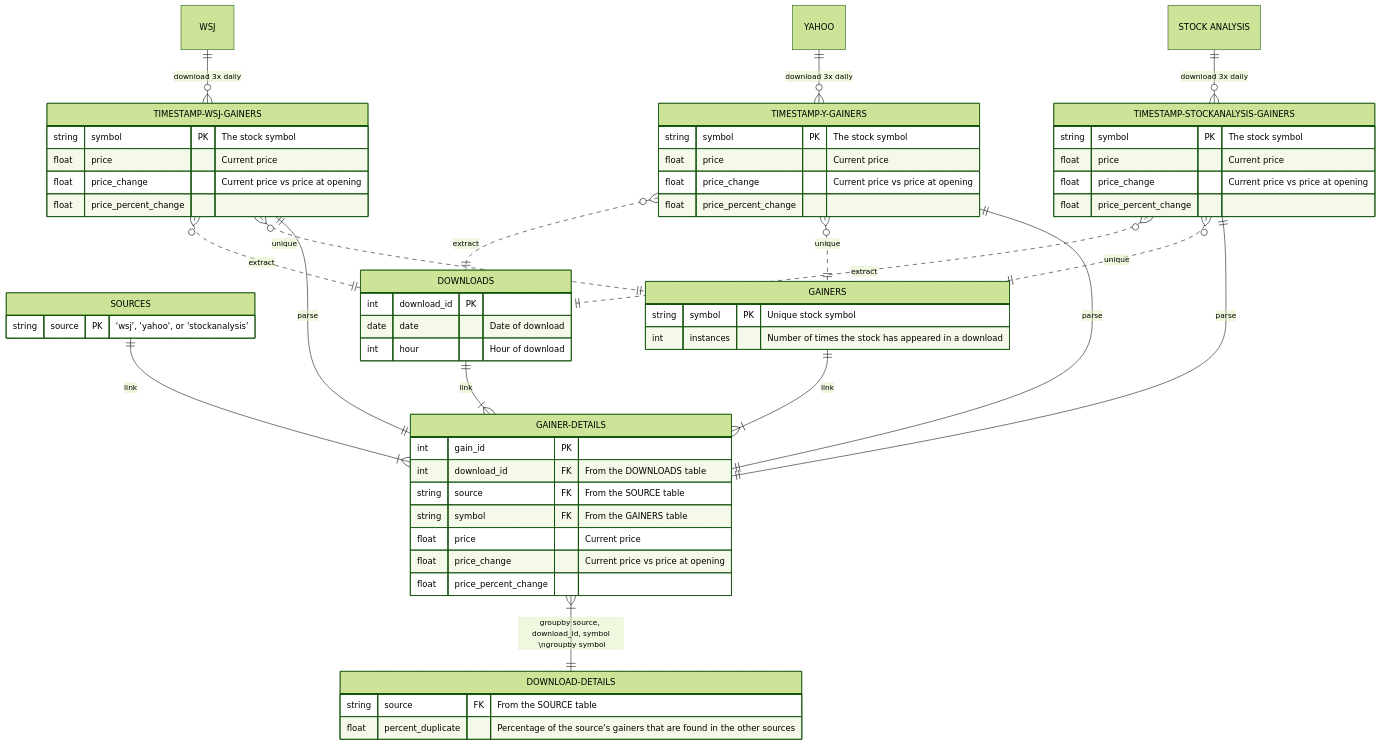
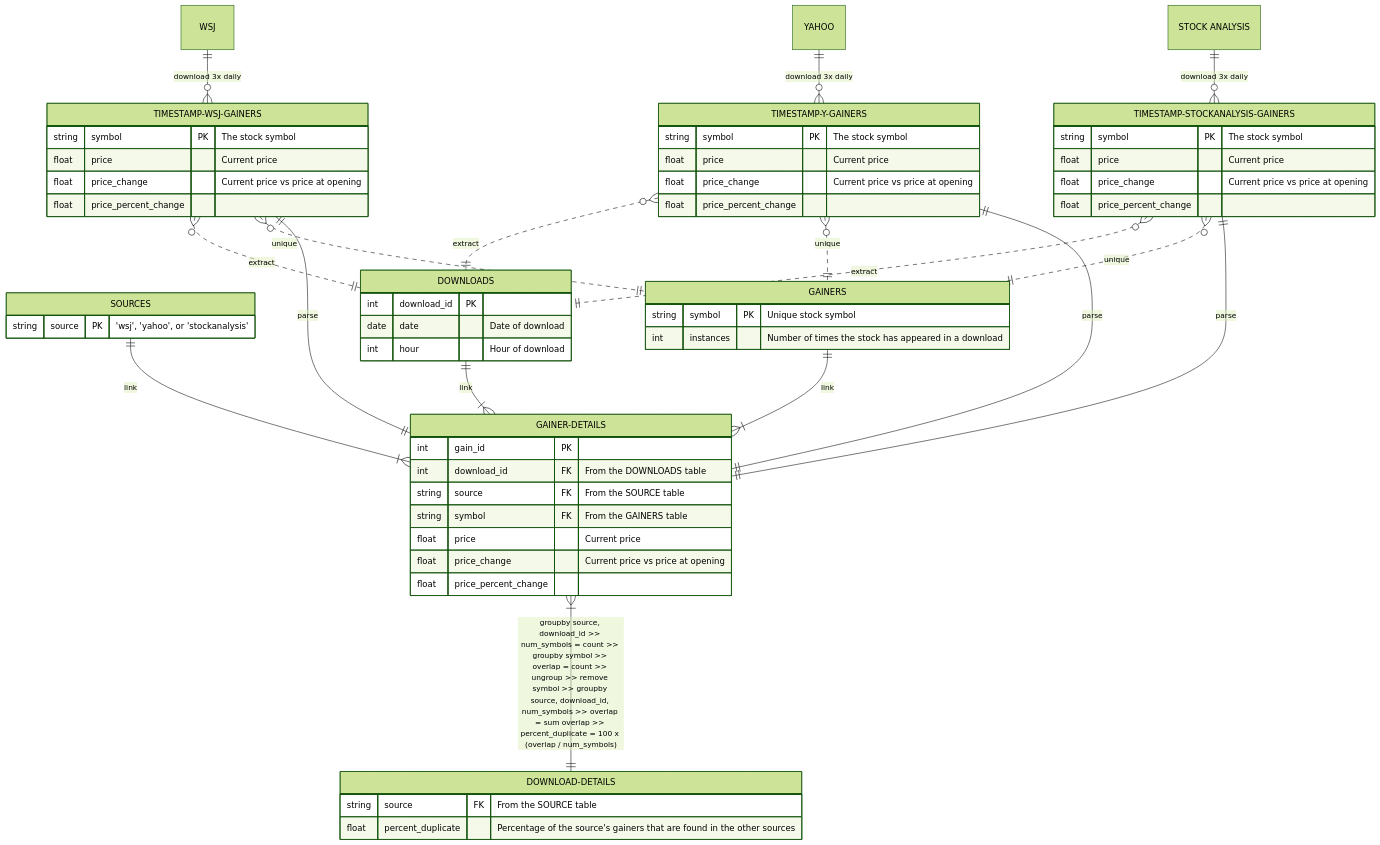
One commit to KazBarker/SP25_DS5111_nrg6cb changed the diagram in ERD/ERD.md. Above: the diagram before and after it, drawn with Mermaid (forest theme).

````diff
--- a/ERD/ERD.md
+++ b/ERD/ERD.md
@@ -2,71 +2,71 @@
 ```mermaid
 erDiagram
     WSJ only one to zero or more TIMESTAMP-WSJ-GAINERS : "download 3x daily"
     YAHOO only one to zero or more TIMESTAMP-Y-GAINERS : "download 3x daily"
     "STOCK ANALYSIS" only one to zero or more TIMESTAMP-STOCKANALYSIS-GAINERS : "download 3x daily"
     
     TIMESTAMP-WSJ-GAINERS {
         string symbol PK "The stock symbol"
         float price "Current price"
         float price_change "Current price vs price at opening"
         float price_percent_change
     }
     TIMESTAMP-Y-GAINERS {
         string symbol PK "The stock symbol"
         float price "Current price"
         float price_change "Current price vs price at opening"
         float price_percent_change
     }
     TIMESTAMP-STOCKANALYSIS-GAINERS {
         string symbol PK "The stock symbol"
         float price "Current price"
         float price_change "Current price vs price at opening"
         float price_percent_change
     }
 
     SOURCES {
         string source PK "'wsj', 'yahoo', or 'stockanalysis'"
     }
  
     TIMESTAMP-WSJ-GAINERS many optionally to only one DOWNLOADS : "extract"
     TIMESTAMP-Y-GAINERS many optionally to only one DOWNLOADS : "extract"
     TIMESTAMP-STOCKANALYSIS-GAINERS many optionally to only one DOWNLOADS : "extract"
 
     DOWNLOADS {
         int download_id PK
         date date "Date of download"
         int hour "Hour of download"
     }
 
     TIMESTAMP-WSJ-GAINERS many optionally to only one GAINERS : "unique"
     TIMESTAMP-Y-GAINERS many optionally to only one GAINERS : "unique"
     TIMESTAMP-STOCKANALYSIS-GAINERS many optionally to only one GAINERS : "unique"
 
     GAINERS {
         string symbol PK "Unique stock symbol"
         int instances "Number of times the stock has appeared in a download"
     }
     
     DOWNLOADS one to one or more GAINER-DETAILS : "link"
     SOURCES one to one or more GAINER-DETAILS : "link"
     GAINERS one to one or more GAINER-DETAILS : "link"
     TIMESTAMP-WSJ-GAINERS one to one GAINER-DETAILS : "parse"
     TIMESTAMP-Y-GAINERS one to one GAINER-DETAILS : "parse"
     TIMESTAMP-STOCKANALYSIS-GAINERS one to one GAINER-DETAILS : "parse"
 
     GAINER-DETAILS {
         int gain_id PK
         int download_id FK "From the DOWNLOADS table"
         string source FK "From the SOURCE table"
         string symbol FK "From the GAINERS table"
         float price "Current price"
         float price_change "Current price vs price at opening"
         float price_percent_change
     }
 
-    GAINER-DETAILS one or more to one DOWNLOAD-DETAILS : "groupby source, download_id, symbol<br>&nbsp;\ngroupby symbol"
+    GAINER-DETAILS one or more to one DOWNLOAD-DETAILS : "groupby source, download_id >> num_symbols = count >> groupby symbol >> overlap = count >> ungroup >> remove symbol >> groupby source, download_id, num_symbols >> overlap = sum overlap >> percent_duplicate = 100 x (overlap / num_symbols)"
     DOWNLOAD-DETAILS {
         string source FK "From the SOURCE table"
         float percent_duplicate "Percentage of the source's gainers that are found in the other sources"
     }
 ```
````
